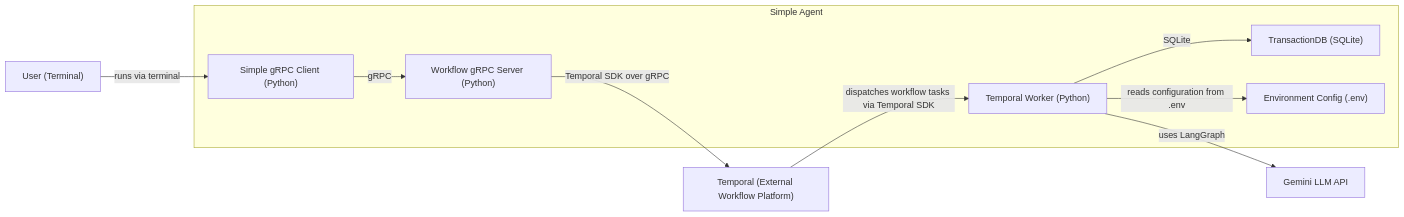
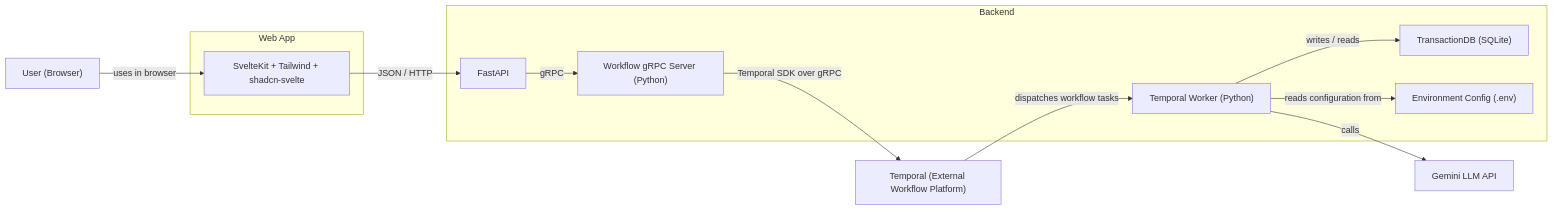
Before and after one commit to snitkdan/ai-mini-project: the second of 2 diagrams in README.md, drawn with Mermaid. The commit also changed other lines of this file and 41 other files, not shown here.

````diff
--- a/README.md
+++ b/README.md
@@ -16,23 +25,28 @@
 ```mermaid
 flowchart LR
-    user["User (Terminal)"]
+    user["User (Browser)"]
 
-    subgraph simple_agent["Simple Agent"]
-        client["Simple gRPC Client (Python)"]
+    subgraph web["Web App"]
+        frontend["SvelteKit + Tailwind + shadcn-svelte"]
+    end
+
+    subgraph backend["Backend"]
+        api["FastAPI"]
         grpc_server["Workflow gRPC Server (Python)"]
         worker["Temporal Worker (Python)"]
         db["TransactionDB (SQLite)"]
         env["Environment Config (.env)"]
     end
 
     temporal["Temporal (External Workflow Platform)"]
     gemini["Gemini LLM API"]
 
-    user -->|"runs via terminal"| client
-    client -->|"gRPC"| grpc_server
+    user -->|"uses in browser"| frontend
+    frontend -->|"JSON / HTTP"| api
+    api -->|"gRPC"| grpc_server
     grpc_server -->|"Temporal SDK over gRPC"| temporal
-    temporal -->|"dispatches workflow tasks via Temporal SDK"| worker
-    worker -->|"reads configuration from .env"| env
-    worker -->|"uses LangGraph"| gemini
-    worker -->|"SQLite"| db
+    temporal -->|"dispatches workflow tasks"| worker
+    worker -->|"reads configuration from"| env
+    worker -->|"calls"| gemini
+    worker -->|"writes / reads"| db
 ```
````
